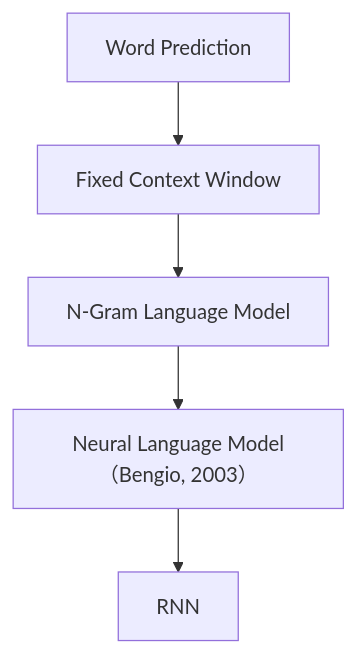
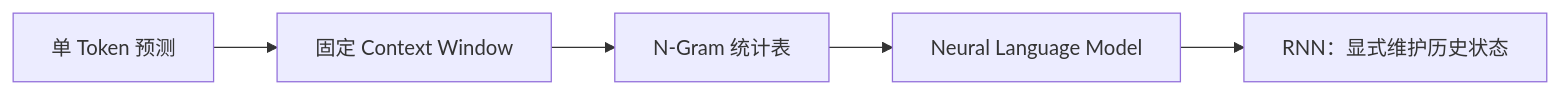
One commit to AI-learning-simple/Build-Your-Own-LLM changed the second of 2 diagrams in 1. LLM基础/5. Context Matters(上下文).md. Above: the diagram before and after it, drawn with Mermaid. The commit also changed other lines of this file and 60 other files, not shown here.

````diff
--- a/1. LLM基础/5. Context Matters(上下文).md
+++ b/1. LLM基础/5. Context Matters(上下文).md
@@ -152,4 +135,7 @@
 ```mermaid
-flowchart TD
-    A["Word Prediction"] --> B["Fixed Context Window"] --> C["N-Gram Language Model"] --> D["Neural Language Model（Bengio, 2003）"] --> E[RNN]
+flowchart LR
+    A["单 Token 预测"] --> B["固定 Context Window"]
+    B --> C["N-Gram 统计表"]
+    C --> D["Neural Language Model"]
+    D --> E["RNN：显式维护历史状态"]
 ```
````
